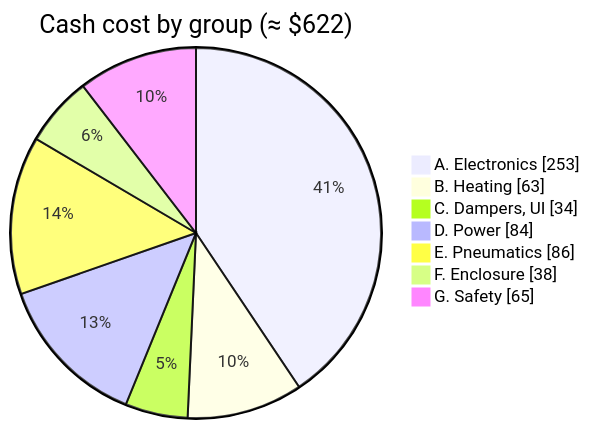
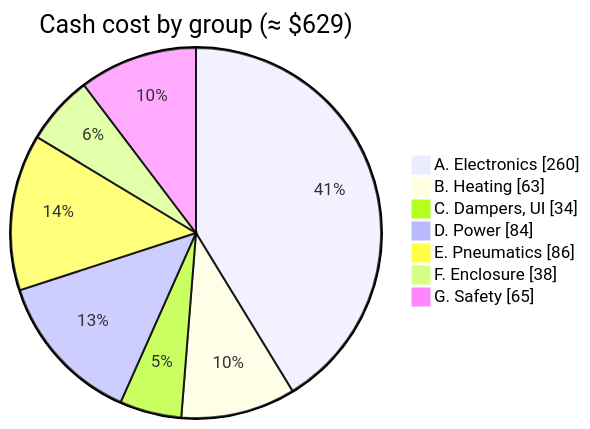
The diagram in docs/03_bill_of_materials.md (BashfulBits/3dp-fleet-exhaust), drawn with Mermaid before and after one commit. The commit also changed other lines of this file and 9 other files, not shown here.

````diff
--- a/docs/03_bill_of_materials.md
+++ b/docs/03_bill_of_materials.md
@@ -28,11 +28,11 @@
 ```mermaid
 pie showData
-  title Cash cost by group (≈ $622)
-  "A. Electronics" : 253
+  title Cash cost by group (≈ $629)
+  "A. Electronics" : 260
   "B. Heating" : 63
   "C. Dampers, UI" : 34
   "D. Power" : 84
   "E. Pneumatics" : 86
   "F. Enclosure" : 38
   "G. Safety" : 65
 ```
````
